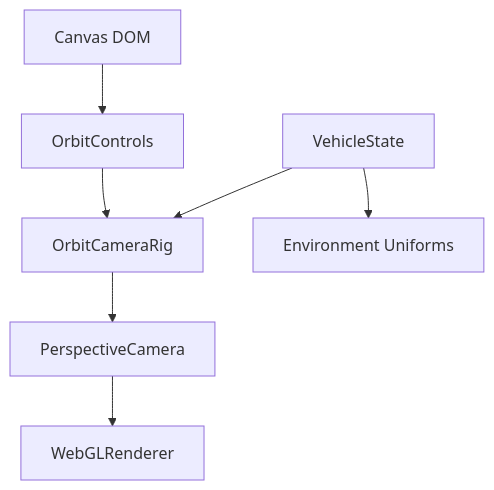
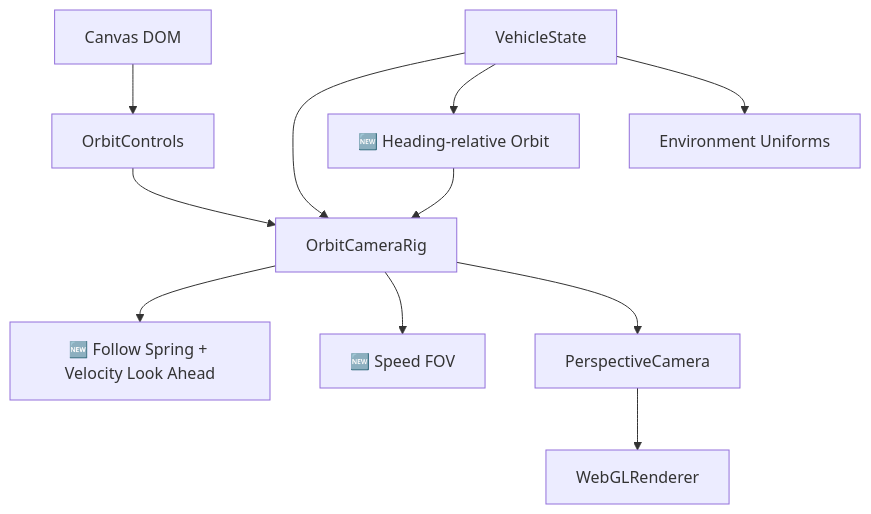
The first of 2 diagrams in docs/architecture/camera-system/README.md (64n-goxutech/shader-roam), drawn with Mermaid before and after one commit. The commit also changed other lines of this file and 14 other files, not shown here.

````diff
--- a/docs/architecture/camera-system/README.md
+++ b/docs/architecture/camera-system/README.md
@@ -5,10 +5,14 @@
 ```mermaid
 graph TB
     %% 🆕 新增  ⚡ 修改
     Canvas[Canvas DOM] --> OrbitControls[OrbitControls]
     VehicleState[VehicleState] --> OrbitRig[OrbitCameraRig]
     OrbitControls --> OrbitRig
+    OrbitRig --> FollowFeedback[🆕 Follow Spring + Velocity Look Ahead]
+    OrbitRig --> DynamicFov[🆕 Speed FOV]
+    VehicleState --> HeadingFollow[🆕 Heading-relative Orbit]
+    HeadingFollow --> OrbitRig
     OrbitRig --> Camera[PerspectiveCamera]
     Camera --> Renderer[WebGLRenderer]
     VehicleState --> Environment[Environment Uniforms]
 ```
````
